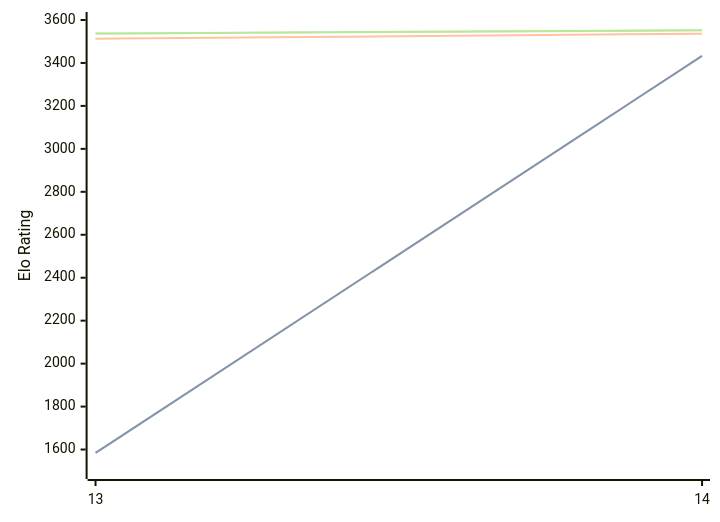
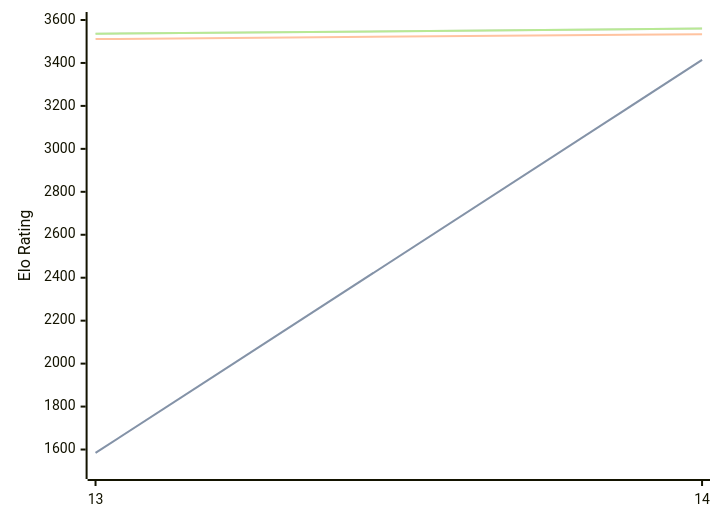
One commit to computer-chess-index/cci changed the third of 3 diagrams in engines/Berserk.md. Above: the diagram before and after it, drawn with Mermaid. The commit also changed other lines of this file, not shown here.

Commit message:
Update CCI Ratings (ELO VLTC) - 2026-06-27

````diff
--- a/engines/Berserk.md
+++ b/engines/Berserk.md
@@ -96,11 +96,11 @@
 ```mermaid
 %%{init: {"theme":"base","themeVariables":{"seriesColors:['#a3a3a3','#222221','#faa371']}}}%%
 xychart-beta
   x-axis ["13", "14"]
   y-axis "Elo Rating" 1500 --> 3600
-  line "STC (8.0+0.08s)" [1584, 3433]
-  line "STC (8.0+0.08s)" [1584, 3433]
-  line "LTC (60.0+0.60s)" [3513, 3536]
-  line "VLTC (2m24s+1.12s)" [3537, 3552]
-  line "VLTC (2m24s+1.12s)" [3537, 3552]
+  line "STC (8.0+0.08s)" [1584, 3414]
+  line "STC (8.0+0.08s)" [1584, 3414]
+  line "LTC (60.0+0.60s)" [3511, 3534]
+  line "VLTC (2m24s+1.12s)" [3536, 3560]
+  line "VLTC (2m24s+1.12s)" [3536, 3560]
 ```
````
